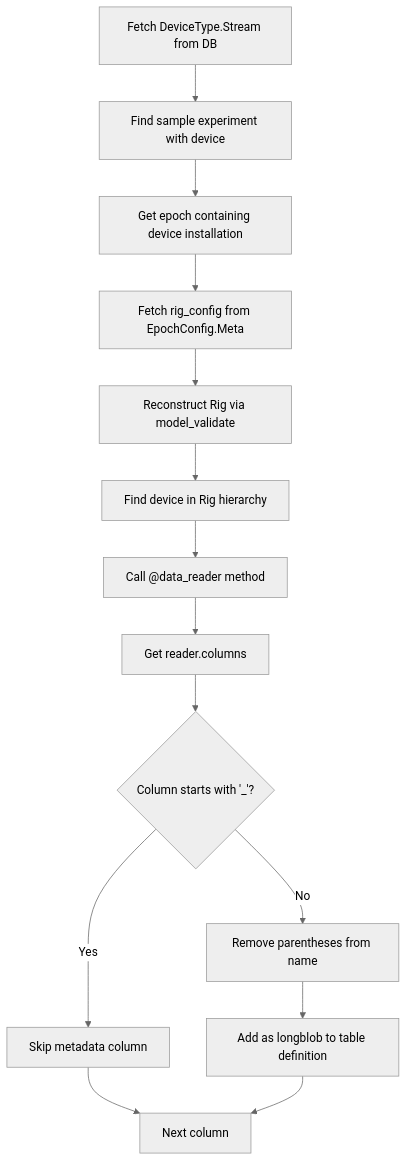
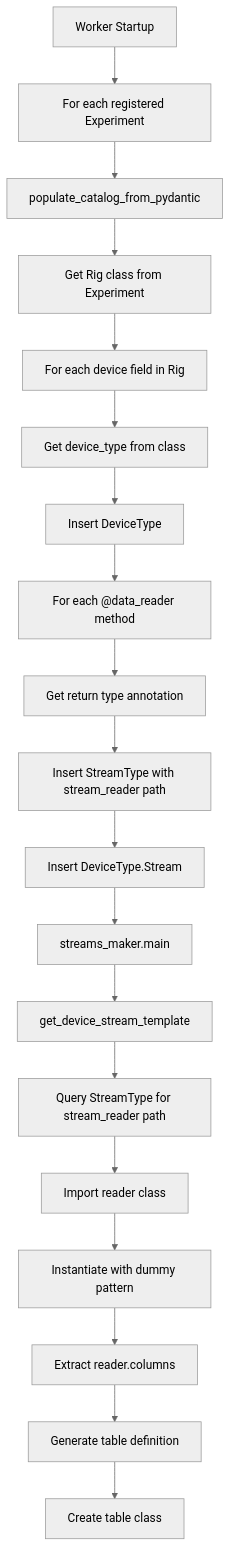
Before and after one commit to SainsburyWellcomeCentre/aeon_mecha: the diagram in docs/specs/SPEC_STREAMS_MAKER.md, drawn with Mermaid (neutral theme). The commit also changed other lines of this file and 12 other files, not shown here.

First line of the commit message:
feat: add stream_reader_kwargs to StreamType for reader constructor args

````diff
--- a/docs/specs/SPEC_STREAMS_MAKER.md
+++ b/docs/specs/SPEC_STREAMS_MAKER.md
@@ -334,16 +433,21 @@
 ```mermaid
 graph TD
-    A[Fetch DeviceType.Stream from DB] --> B[Find sample experiment with device]
-    B --> C[Get epoch containing device installation]
-    C --> D[Fetch rig_config from EpochConfig.Meta]
-    D --> E[Reconstruct Rig via model_validate]
-    E --> F[Find device in Rig hierarchy]
-    F --> G[Call @data_reader method]
-    G --> H[Get reader.columns]
-    H --> I{Column starts with '_'?}
-    I -->|Yes| J[Skip metadata column]
-    I -->|No| K[Remove parentheses from name]
-    K --> L[Add as longblob to table definition]
-    J --> M[Next column]
-    L --> M
+    A[Worker Startup] --> B[For each registered Experiment]
+    B --> C[populate_catalog_from_pydantic]
+    C --> D[Get Rig class from Experiment]
+    D --> E[For each device field in Rig]
+    E --> F[Get device_type from class]
+    F --> G[Insert DeviceType]
+    G --> H[For each @data_reader method]
+    H --> I[Get return type annotation]
+    I --> J[Insert StreamType with stream_reader path]
+    J --> K[Insert DeviceType.Stream]
+    K --> L[streams_maker.main]
+    L --> M[get_device_stream_template]
+    M --> N[Query StreamType for stream_reader path]
+    N --> O[Import reader class]
+    O --> P[Instantiate with dummy pattern]
+    P --> Q[Extract reader.columns]
+    Q --> R[Generate table definition]
+    R --> S[Create table class]
 ```
````
